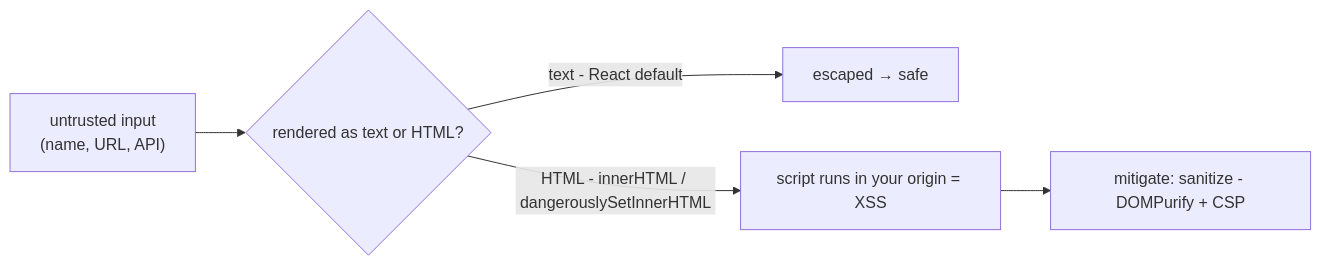
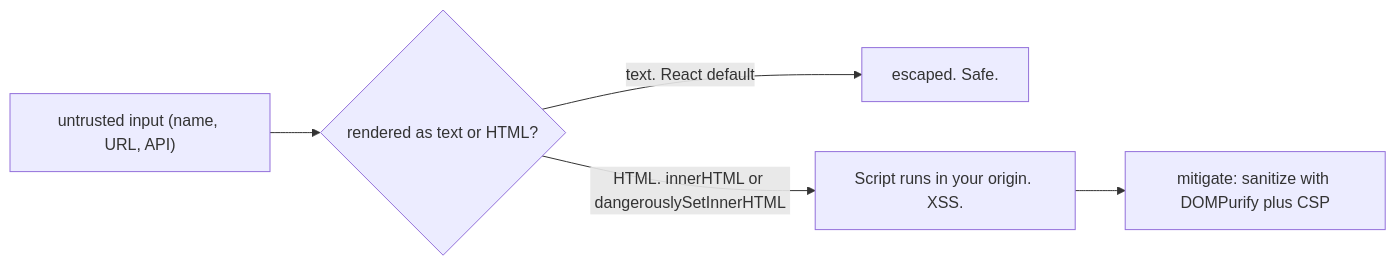
Before and after one commit to ashishxcode/frontend-internals: the first of 2 diagrams in packages/content/content/14-web-security.mdx, drawn with Mermaid. The commit also changed other lines of this file and 29 other files, not shown here.

Commit message:
rewrite: roadmap engineer-to-engineer + all 34 chapters new spec

````diff
--- a/packages/content/content/14-web-security.mdx
+++ b/packages/content/content/14-web-security.mdx
@@ -79,7 +30,7 @@
 ```mermaid
 flowchart LR
-  input["untrusted input<br/>(name, URL, API)"] --> q{rendered as text or HTML?}
-  q -->|text - React default| safe[escaped → safe]
-  q -->|HTML - innerHTML / dangerouslySetInnerHTML| danger[script runs in your origin = XSS]
-  danger --> mit[mitigate: sanitize - DOMPurify + CSP]
+  input["untrusted input (name, URL, API)"] --> q{rendered as text or HTML?}
+  q -->|text. React default| safe[escaped. Safe.]
+  q -->|HTML. innerHTML or dangerouslySetInnerHTML| danger[Script runs in your origin. XSS.]
+  danger --> mit[mitigate: sanitize with DOMPurify plus CSP]
 ```
````
